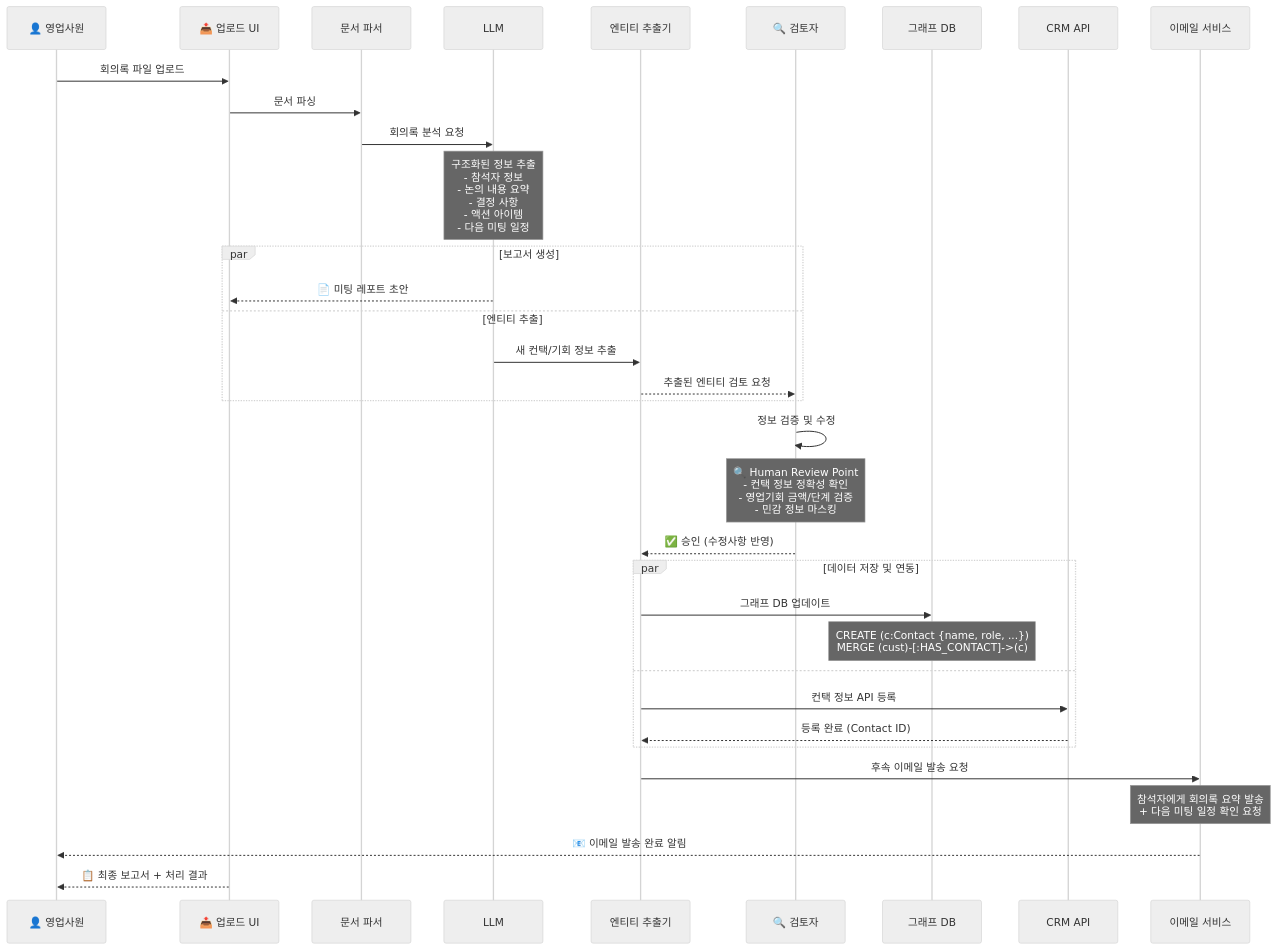
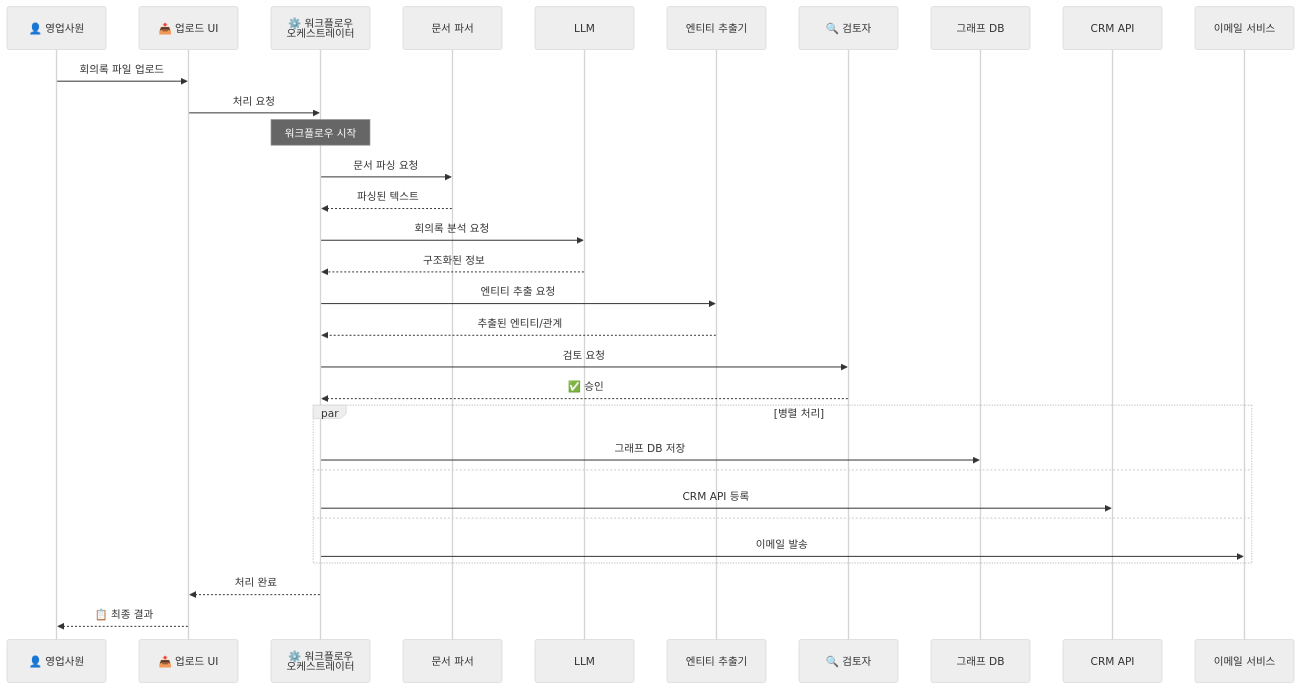
Before and after one commit to NtoZero/docst-mng: diagram 25 of 30 in docs/research/rag_pipeline_research.md, drawn with Mermaid (neutral theme). The commit also changed other lines of this file, not shown here.

````diff
--- a/docs/research/rag_pipeline_research.md
+++ b/docs/research/rag_pipeline_research.md
@@ -786,44 +1861,41 @@
 ```mermaid
 sequenceDiagram
     participant 영업사원 as 👤 영업사원
     participant UI as 📤 업로드 UI
+    participant Orchestrator as ⚙️ 워크플로우<br/>오케스트레이터
     participant Parser as 문서 파서
     participant LLM as LLM
     participant Extractor as 엔티티 추출기
     participant Review as 🔍 검토자
     participant GDB as 그래프 DB
     participant CRM as CRM API
     participant Email as 이메일 서비스
     
     영업사원->>UI: 회의록 파일 업로드
-    UI->>Parser: 문서 파싱
-    Parser->>LLM: 회의록 분석 요청
+    UI->>Orchestrator: 처리 요청
     
-    Note over LLM: 구조화된 정보 추출<br/>- 참석자 정보<br/>- 논의 내용 요약<br/>- 결정 사항<br/>- 액션 아이템<br/>- 다음 미팅 일정
+    Note over Orchestrator: 워크플로우 시작
     
-    par 보고서 생성
-        LLM-->>UI: 📄 미팅 레포트 초안
-    and 엔티티 추출
-        LLM->>Extractor: 새 컨택/기회 정보 추출
-        Extractor-->>Review: 추출된 엔티티 검토 요청
+    Orchestrator->>Parser: 문서 파싱 요청
+    Parser-->>Orchestrator: 파싱된 텍스트
+    
+    Orchestrator->>LLM: 회의록 분석 요청
+    LLM-->>Orchestrator: 구조화된 정보
+    
+    Orchestrator->>Extractor: 엔티티 추출 요청
+    Extractor-->>Orchestrator: 추출된 엔티티/관계
+    
+    Orchestrator->>Review: 검토 요청
+    Review-->>Orchestrator: ✅ 승인
+    
+    par 병렬 처리
+        Orchestrator->>GDB: 그래프 DB 저장
+    and
+        Orchestrator->>CRM: CRM API 등록
+    and
+        Orchestrator->>Email: 이메일 발송
     end
     
-    Review->>Review: 정보 검증 및 수정
-    Note over Review: 🔍 Human Review Point<br/>- 컨택 정보 정확성 확인<br/>- 영업기회 금액/단계 검증<br/>- 민감 정보 마스킹
-    
-    Review-->>Extractor: ✅ 승인 (수정사항 반영)
-    
-    par 데이터 저장 및 연동
-        Extractor->>GDB: 그래프 DB 업데이트
-        Note over GDB: CREATE (c:Contact {name, role, ...})<br/>MERGE (cust)-[:HAS_CONTACT]->(c)
-    and
-        Extractor->>CRM: 컨택 정보 API 등록
-        CRM-->>Extractor: 등록 완료 (Contact ID)
-    end
-    
-    Extractor->>Email: 후속 이메일 발송 요청
-    Note over Email: 참석자에게 회의록 요약 발송<br/>+ 다음 미팅 일정 확인 요청
-    
-    Email-->>영업사원: 📧 이메일 발송 완료 알림
-    UI-->>영업사원: 📋 최종 보고서 + 처리 결과
+    Orchestrator-->>UI: 처리 완료
+    UI-->>영업사원: 📋 최종 결과
 ```
````
